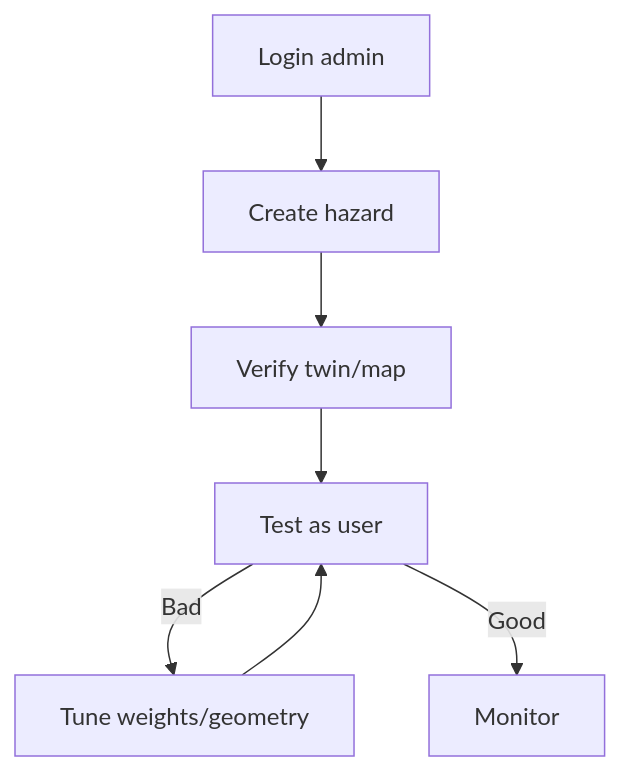
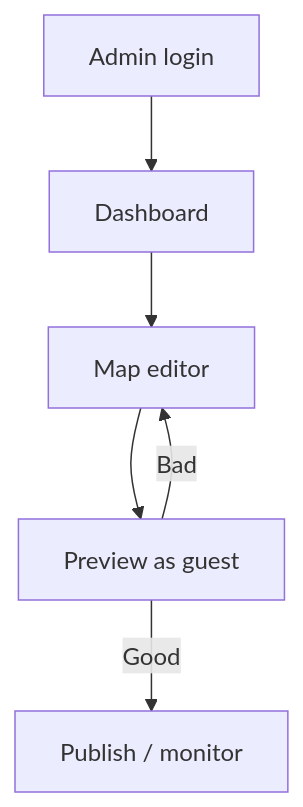
Before and after one commit to PraveenKumarM17/CampusAR: the second of 2 diagrams in docs/design/user-flows.md, drawn with Mermaid. The commit also changed other lines of this file and 52 other files, not shown here.

First line of the commit message:
Add guest-first admin map editor with GPS pinning and bendable routes

````diff
--- a/docs/design/user-flows.md
+++ b/docs/design/user-flows.md
@@ -90,9 +75,8 @@
 ```mermaid
 flowchart TD
-  L[Login admin] --> H[Create hazard]
-  H --> V[Verify twin/map]
-  V --> T[Test as user]
-  T -->|Bad| W[Tune weights/geometry]
-  W --> T
-  T -->|Good| Done[Monitor]
+  L[Admin login] --> D[Dashboard]
+  D --> E[Map editor]
+  E --> V[Preview as guest]
+  V -->|Bad| E
+  V -->|Good| Done[Publish / monitor]
 ```
````
